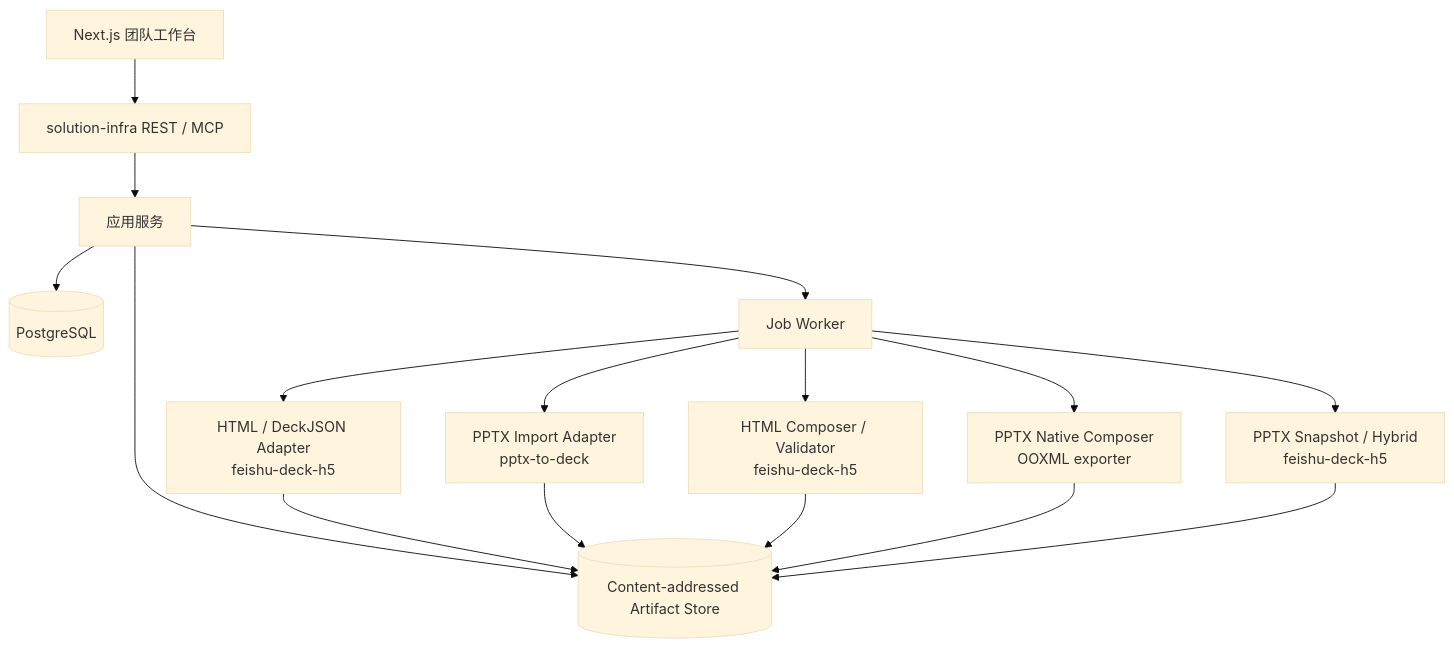
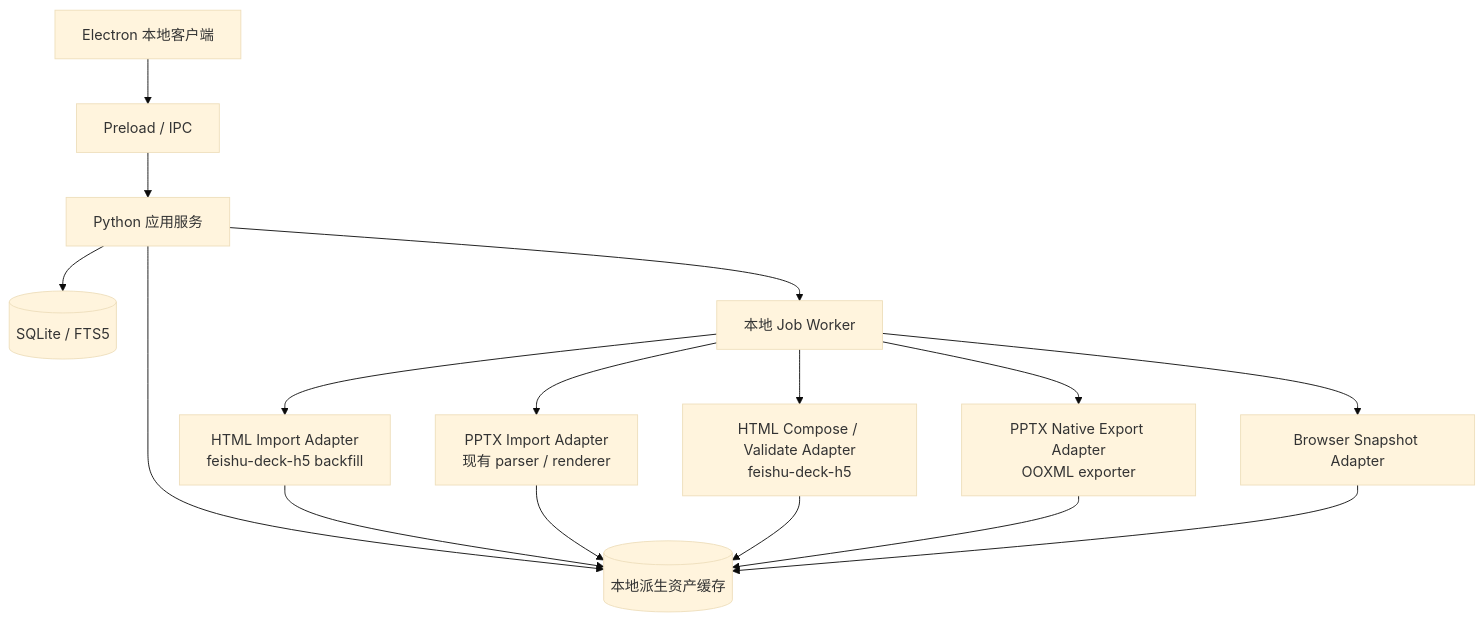
The diagram in docs/superpowers/specs/2026-07-18-unified-html-pptx-deck-library-research.md (keithdai/ppt-page-library), drawn with Mermaid (base theme) before and after one commit. The commit also changed other lines of this file and 84 other files, not shown here.

````diff
--- a/docs/superpowers/specs/2026-07-18-unified-html-pptx-deck-library-research.md
+++ b/docs/superpowers/specs/2026-07-18-unified-html-pptx-deck-library-research.md
@@ -388,30 +378,30 @@
 ```mermaid
 flowchart TB
-    UI["Next.js 团队工作台"]
-    API["solution-infra REST / MCP"]
-    APP["应用服务"]
-    DB[("PostgreSQL")]
-    STORE[("Content-addressed Artifact Store")]
-    JOBS["Job Worker"]
+    UI["Electron 本地客户端"]
+    IPC["Preload / IPC"]
+    APP["Python 应用服务"]
+    DB[("SQLite / FTS5")]
+    STORE[("本地派生资产缓存")]
+    JOBS["本地 Job Worker"]
 
-    HTMLIN["HTML / DeckJSON Adapter\nfeishu-deck-h5"]
-    PPTXIN["PPTX Import Adapter\npptx-to-deck"]
-    HTMLCOMPOSE["HTML Composer / Validator\nfeishu-deck-h5"]
-    PPTXNATIVE["PPTX Native Composer\nOOXML exporter"]
-    PPTXSNAP["PPTX Snapshot / Hybrid\nfeishu-deck-h5"]
+    HTMLIN["HTML Import Adapter\nfeishu-deck-h5 backfill"]
+    PPTXIN["PPTX Import Adapter\n现有 parser / renderer"]
+    HTMLCOMPOSE["HTML Compose / Validate Adapter\nfeishu-deck-h5"]
+    PPTXNATIVE["PPTX Native Export Adapter\nOOXML exporter"]
+    SNAP["Browser Snapshot Adapter"]
 
-    UI --> API --> APP
+    UI --> IPC --> APP
     APP --> DB
     APP --> STORE
     APP --> JOBS
     JOBS --> HTMLIN
     JOBS --> PPTXIN
     JOBS --> HTMLCOMPOSE
     JOBS --> PPTXNATIVE
-    JOBS --> PPTXSNAP
+    JOBS --> SNAP
     HTMLIN --> STORE
     PPTXIN --> STORE
     HTMLCOMPOSE --> STORE
     PPTXNATIVE --> STORE
-    PPTXSNAP --> STORE
+    SNAP --> STORE
 ```
````
